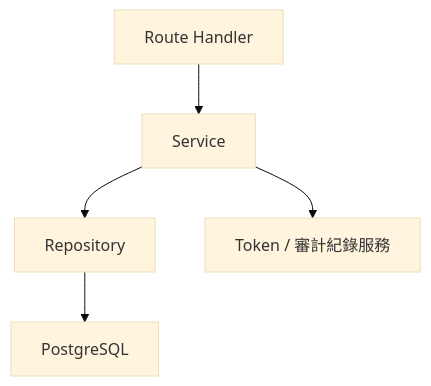
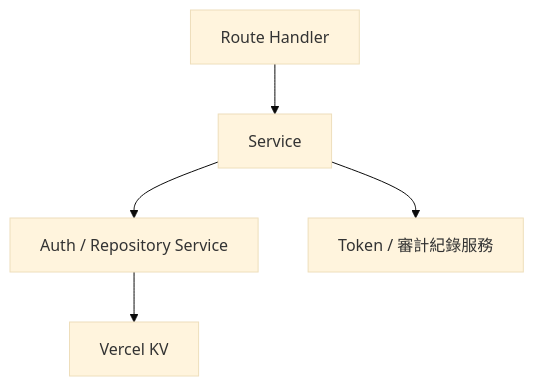
Before and after one commit to differ505-prog/ai-web-studio-landing: the second of 3 diagrams in .trae/documents/築時數位工作面板-技術架構.md, drawn with Mermaid (base theme). The commit also changed other lines of this file and 14 other files, not shown here.

````diff
--- a/.trae/documents/築時數位工作面板-技術架構.md
+++ b/.trae/documents/築時數位工作面板-技術架構.md
@@ -109,7 +111,7 @@
 ```mermaid
 flowchart TD
     A["Route Handler"] --> B["Service"]
-    B --> C["Repository"]
-    C --> D["PostgreSQL"]
+    B --> C["Auth / Repository Service"]
+    C --> D["Vercel KV"]
     B --> E["Token / 審計紀錄服務"]
 ```
````
